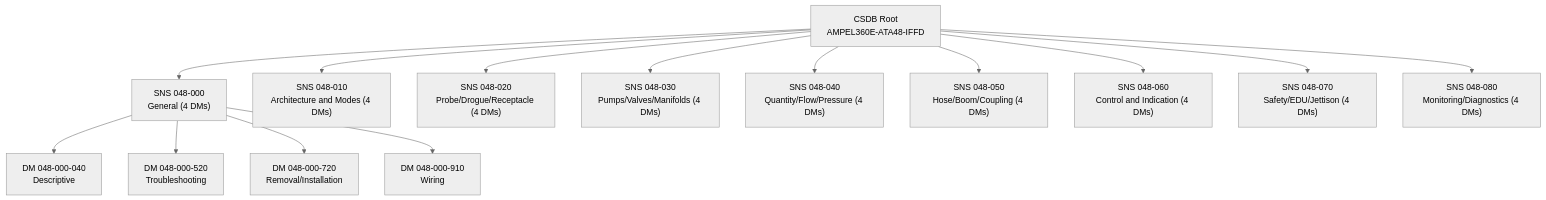
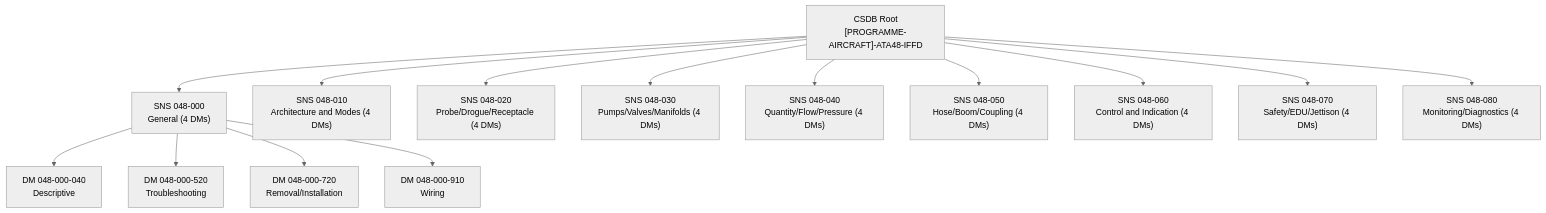
The first of 3 diagrams in Q+ATLANTIDE/000-099_ATLAS/040-049_Avionica-Informacion-y-APU/048_In-Flight-Fuel-Dispensing/048-090-S1000D-CSDB-Mapping-and-Traceability.md (AmedeoPelliccia/Qplus-For-All-Queer-People-and-Quantum), drawn with Mermaid (neutral theme) before and after one commit. The commit also changed other lines of this file and 676 other files, not shown here.

First line of the commit message:
feat: de-programmatize all ATLAS standard files — remove AMPEL360E/eWTW programme content

````diff
--- a/Q+ATLANTIDE/000-099_ATLAS/040-049_Avionica-Informacion-y-APU/048_In-Flight-Fuel-Dispensing/048-090-S1000D-CSDB-Mapping-and-Traceability.md
+++ b/Q+ATLANTIDE/000-099_ATLAS/040-049_Avionica-Informacion-y-APU/048_In-Flight-Fuel-Dispensing/048-090-S1000D-CSDB-Mapping-and-Traceability.md
@@ -124,17 +126,17 @@
 ```mermaid
 graph TD
-    ROOT["CSDB Root\nAMPEL360E-ATA48-IFFD"]
+    ROOT["CSDB Root\n[PROGRAMME-AIRCRAFT]-ATA48-IFFD"]
     ROOT --> SNS000["SNS 048-000\nGeneral (4 DMs)"]
     ROOT --> SNS010["SNS 048-010\nArchitecture and Modes (4 DMs)"]
     ROOT --> SNS020["SNS 048-020\nProbe/Drogue/Receptacle (4 DMs)"]
     ROOT --> SNS030["SNS 048-030\nPumps/Valves/Manifolds (4 DMs)"]
     ROOT --> SNS040["SNS 048-040\nQuantity/Flow/Pressure (4 DMs)"]
     ROOT --> SNS050["SNS 048-050\nHose/Boom/Coupling (4 DMs)"]
     ROOT --> SNS060["SNS 048-060\nControl and Indication (4 DMs)"]
     ROOT --> SNS070["SNS 048-070\nSafety/EDU/Jettison (4 DMs)"]
     ROOT --> SNS080["SNS 048-080\nMonitoring/Diagnostics (4 DMs)"]
     SNS000 --> IC040_000["DM 048-000-040\nDescriptive"]
     SNS000 --> IC520_000["DM 048-000-520\nTroubleshooting"]
     SNS000 --> IC720_000["DM 048-000-720\nRemoval/Installation"]
     SNS000 --> IC910_000["DM 048-000-910\nWiring"]
 ```
````
